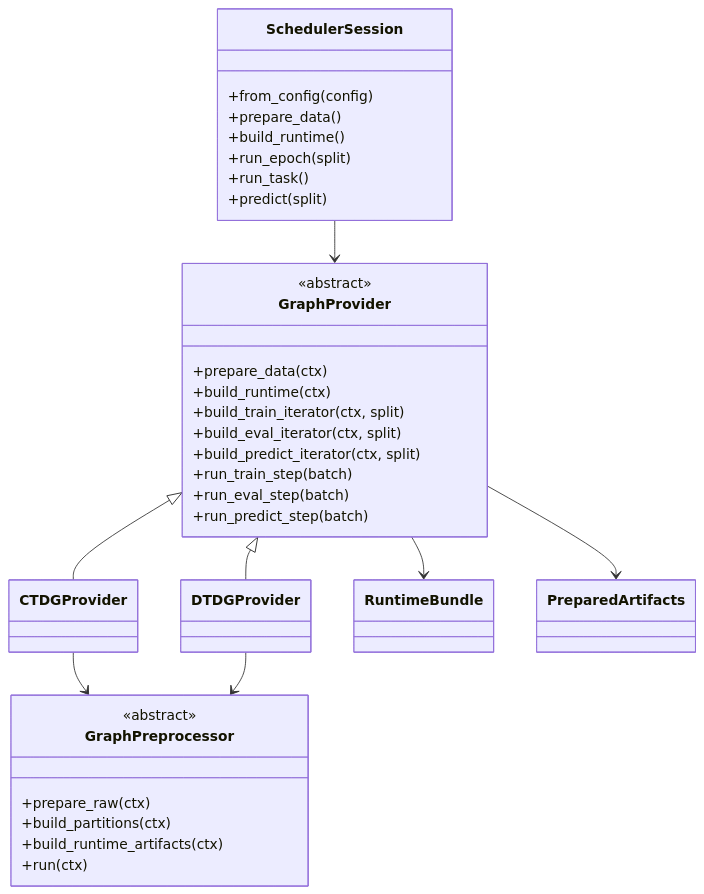
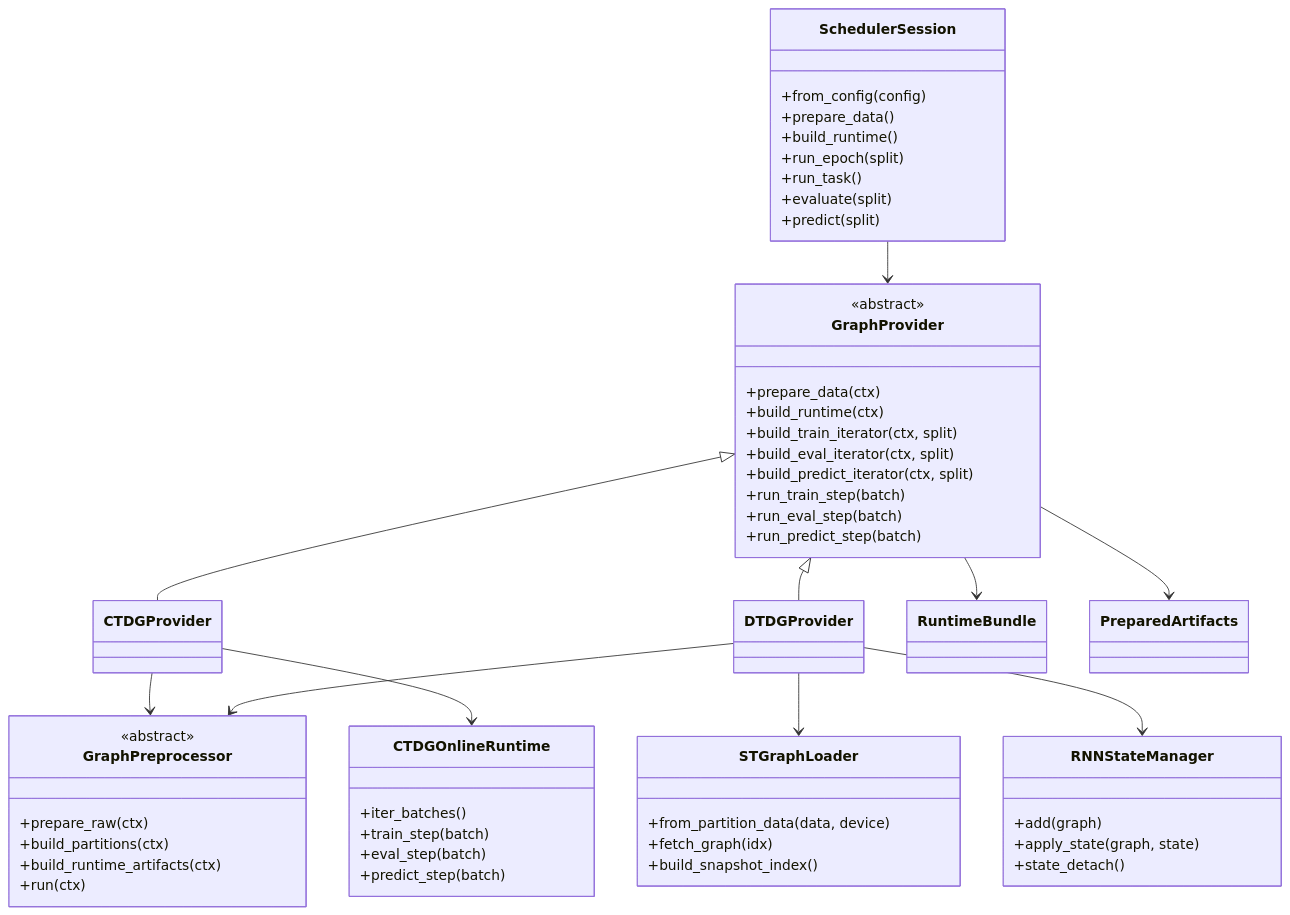
Before and after one commit to zhljJoan/starrygl-unidynGraph: the fifth of 5 diagrams in docs/project_architecture.zh-CN.md, drawn with Mermaid. The commit also changed other lines of this file and 384 other files, not shown here.

````diff
--- a/docs/project_architecture.zh-CN.md
+++ b/docs/project_architecture.zh-CN.md
@@ -135,43 +200,66 @@
 ```mermaid
 classDiagram
     class SchedulerSession {
       +from_config(config)
       +prepare_data()
       +build_runtime()
       +run_epoch(split)
       +run_task()
+      +evaluate(split)
       +predict(split)
     }
 
     class GraphProvider {
       <<abstract>>
       +prepare_data(ctx)
       +build_runtime(ctx)
       +build_train_iterator(ctx, split)
       +build_eval_iterator(ctx, split)
       +build_predict_iterator(ctx, split)
       +run_train_step(batch)
       +run_eval_step(batch)
       +run_predict_step(batch)
     }
 
     class CTDGProvider
     class DTDGProvider
     class GraphPreprocessor {
       <<abstract>>
       +prepare_raw(ctx)
       +build_partitions(ctx)
       +build_runtime_artifacts(ctx)
       +run(ctx)
     }
     class RuntimeBundle
     class PreparedArtifacts
 
+    class STGraphLoader {
+      +from_partition_data(data, device)
+      +fetch_graph(idx)
+      +build_snapshot_index()
+    }
+
+    class RNNStateManager {
+      +add(graph)
+      +apply_state(graph, state)
+      +state_detach()
+    }
+
+    class CTDGOnlineRuntime {
+      +iter_batches()
+      +train_step(batch)
+      +eval_step(batch)
+      +predict_step(batch)
+    }
+
     SchedulerSession --> GraphProvider
     GraphProvider <|-- CTDGProvider
     GraphProvider <|-- DTDGProvider
     CTDGProvider --> GraphPreprocessor
+    CTDGProvider --> CTDGOnlineRuntime
     DTDGProvider --> GraphPreprocessor
+    DTDGProvider --> STGraphLoader
+    DTDGProvider --> RNNStateManager
     GraphProvider --> RuntimeBundle
     GraphProvider --> PreparedArtifacts
 ```
````
